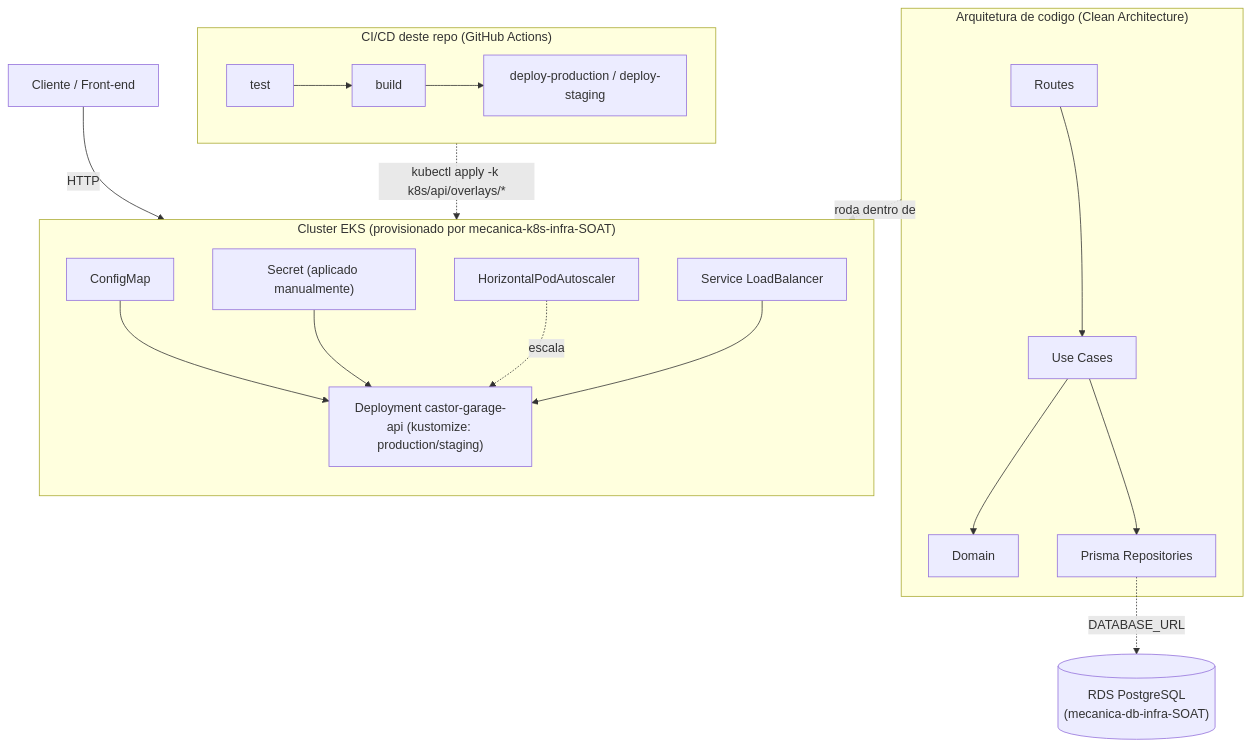
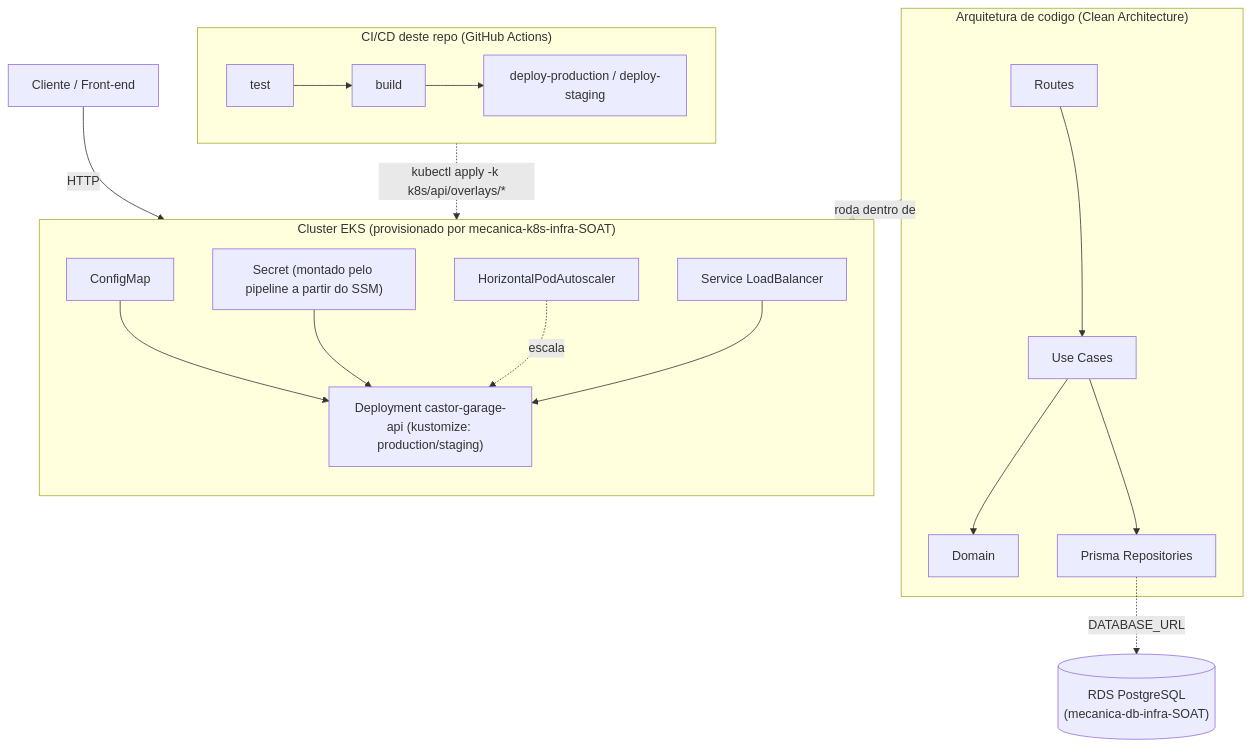
One commit to Castor-Garage/mecanica-pos-SOAT changed the diagram in README.md. Above: the diagram before and after it, drawn with Mermaid. The commit also changed other lines of this file and 1 other file, not shown here.

First line of the commit message:
fix: monta o castor-garage-secret no pipeline a partir do SSM

````diff
--- a/README.md
+++ b/README.md
@@ -106,29 +106,29 @@
 ```mermaid
 flowchart TB
   Client["Cliente / Front-end"] -->|HTTP| Svc
 
   subgraph API["Arquitetura de codigo (Clean Architecture)"]
     Routes["Routes"] --> UseCases["Use Cases"]
     UseCases --> Domain["Domain"]
     UseCases --> Repos["Prisma Repositories"]
   end
 
   API -. roda dentro de .-> Deploy
 
   subgraph EKS["Cluster EKS (provisionado por mecanica-k8s-infra-SOAT)"]
     direction TB
     CM["ConfigMap"] --> Deploy
-    Secret["Secret (aplicado manualmente)"] --> Deploy
+    Secret["Secret (montado pelo pipeline a partir do SSM)"] --> Deploy
     HPA["HorizontalPodAutoscaler"] -. escala .-> Deploy["Deployment castor-garage-api (kustomize: production/staging)"]
     Svc["Service LoadBalancer"] --> Deploy
   end
 
   Repos -.->|"DATABASE_URL"| RDS[("RDS PostgreSQL\n(mecanica-db-infra-SOAT)")]
 
   subgraph CICD["CI/CD deste repo (GitHub Actions)"]
     direction LR
     J1["test"] --> J2["build"] --> J3["deploy-production / deploy-staging"]
   end
 
   J3 -. "kubectl apply -k k8s/api/overlays/*" .-> Deploy
 ```
````
